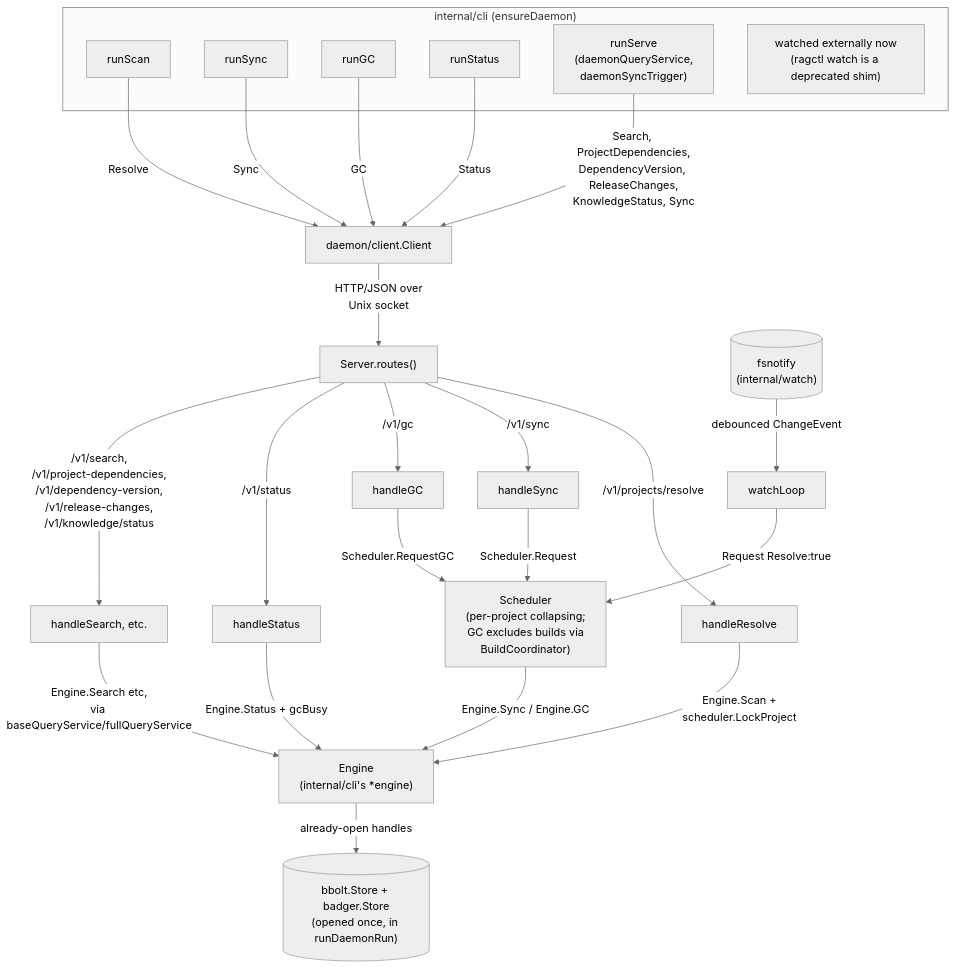
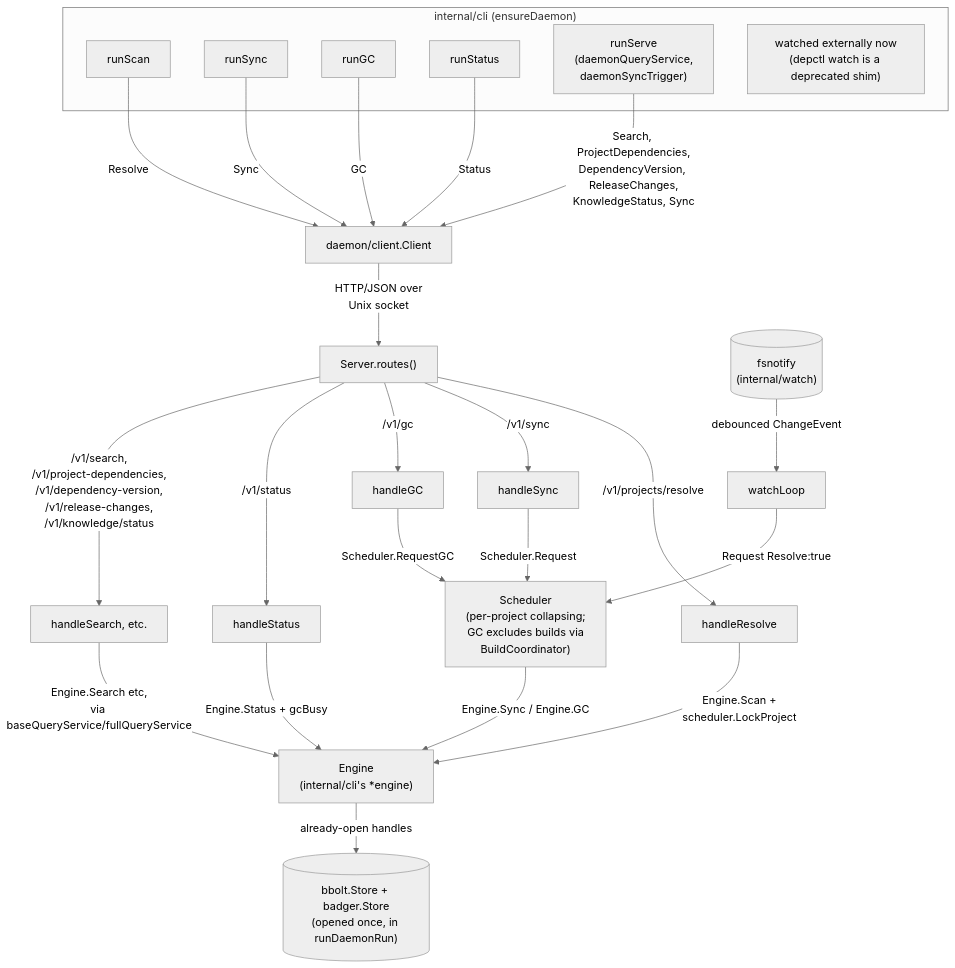
One commit to aleutian-ai/depctl changed the diagram in docs/internal/daemon.md. Above: the diagram before and after it, drawn with Mermaid (neutral theme). The commit also changed other lines of this file and 588 other files, not shown here.

Commit message:
Rename ragctl to depctl: binary, module github.com/aleutian-ai/depctl, paths, env vars, metrics, MCP name, docs

````diff
--- a/docs/internal/daemon.md
+++ b/docs/internal/daemon.md
@@ -53,36 +53,36 @@
 ```mermaid
 flowchart TD
     subgraph clients["internal/cli (ensureDaemon)"]
         Scan["runScan"]
         Sync["runSync"]
         GC["runGC"]
         Status["runStatus"]
         Serve["runServe\n(daemonQueryService,\ndaemonSyncTrigger)"]
-        Watch["watched externally now\n(ragctl watch is a deprecated shim)"]
+        Watch["watched externally now\n(depctl watch is a deprecated shim)"]
     end
 
     Scan -->|Resolve| Client["daemon/client.Client"]
     Sync -->|Sync| Client
     GC -->|GC| Client
     Status -->|Status| Client
     Serve -->|Search, ProjectDependencies,\nDependencyVersion, ReleaseChanges,\nKnowledgeStatus, Sync| Client
     Client -->|HTTP/JSON over\nUnix socket| HTTP["Server.routes()"]
 
     HTTP -->|/v1/projects/resolve| HResolve["handleResolve"]
     HTTP -->|/v1/sync| HSync["handleSync"]
     HTTP -->|/v1/gc| HGC["handleGC"]
     HTTP -->|/v1/status| HStatus["handleStatus"]
     HTTP -->|/v1/search,\n/v1/project-dependencies,\n/v1/dependency-version,\n/v1/release-changes,\n/v1/knowledge/status| HQuery["handleSearch, etc."]
 
     HResolve -->|Engine.Scan +\nscheduler.LockProject| Engine["Engine\n(internal/cli's *engine)"]
     HSync -->|Scheduler.Request| Sched["Scheduler\n(per-project collapsing;\nGC excludes builds via\nBuildCoordinator)"]
     HGC -->|Scheduler.RequestGC| Sched
     Sched -->|Engine.Sync / Engine.GC| Engine
     HStatus -->|Engine.Status + gcBusy| Engine
     HQuery -->|Engine.Search etc,\nvia baseQueryService/fullQueryService| Engine
 
     FSWatch[("fsnotify\n(internal/watch)")] -->|debounced ChangeEvent| WatchLoop["watchLoop"]
     WatchLoop -->|Request Resolve:true| Sched
 
     Engine -->|already-open handles| Stores[("bbolt.Store + badger.Store\n(opened once, in runDaemonRun)")]
 ```
````
